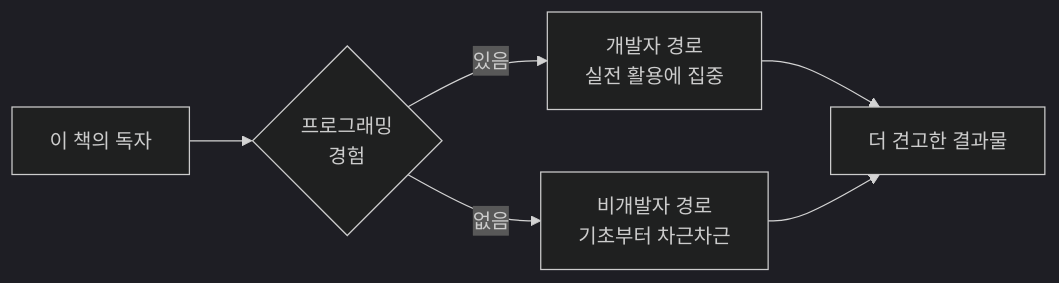
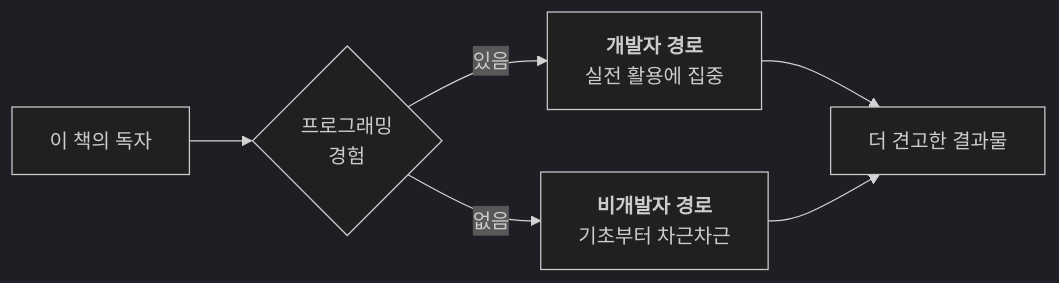
One commit to nugurejeil/weniVooks changed the first of 8 diagrams in _md/essentials-vibecoding/chapter01/01-1.md. Above: the diagram before and after it, drawn with Mermaid (dark theme). The commit also changed other lines of this file, not shown here.

````diff
--- a/_md/essentials-vibecoding/chapter01/01-1.md
+++ b/_md/essentials-vibecoding/chapter01/01-1.md
@@ -21,8 +15,8 @@
 ```mermaid
 flowchart LR
     A["이 책의 독자"] --> B{"프로그래밍<br/>경험"}
-    B -->|있음| C["개발자 경로<br/>실전 활용에 집중"]
-    B -->|없음| D["비개발자 경로<br/>기초부터 차근차근"]
+    B -->|있음| C["<strong>개발자 경로</strong><br/>실전 활용에 집중"]
+    B -->|없음| D["<strong>비개발자 경로</strong><br/>기초부터 차근차근"]
     C --> E["더 견고한 결과물"]
     D --> E
 ```
````
